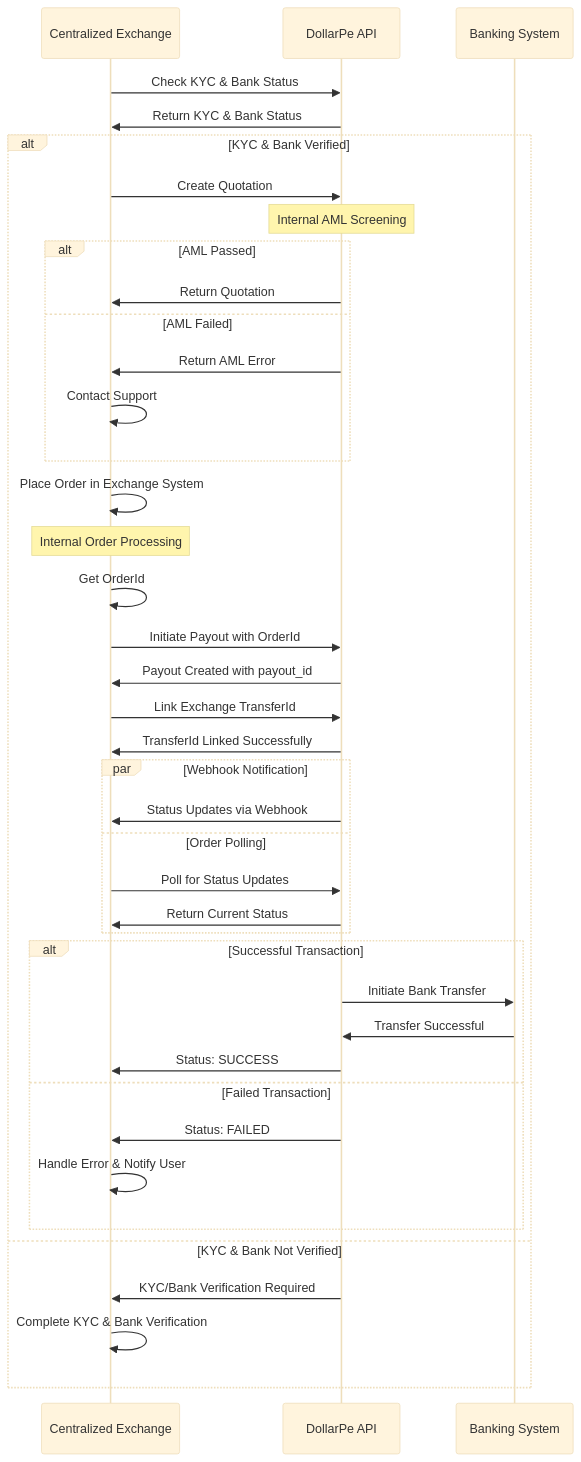
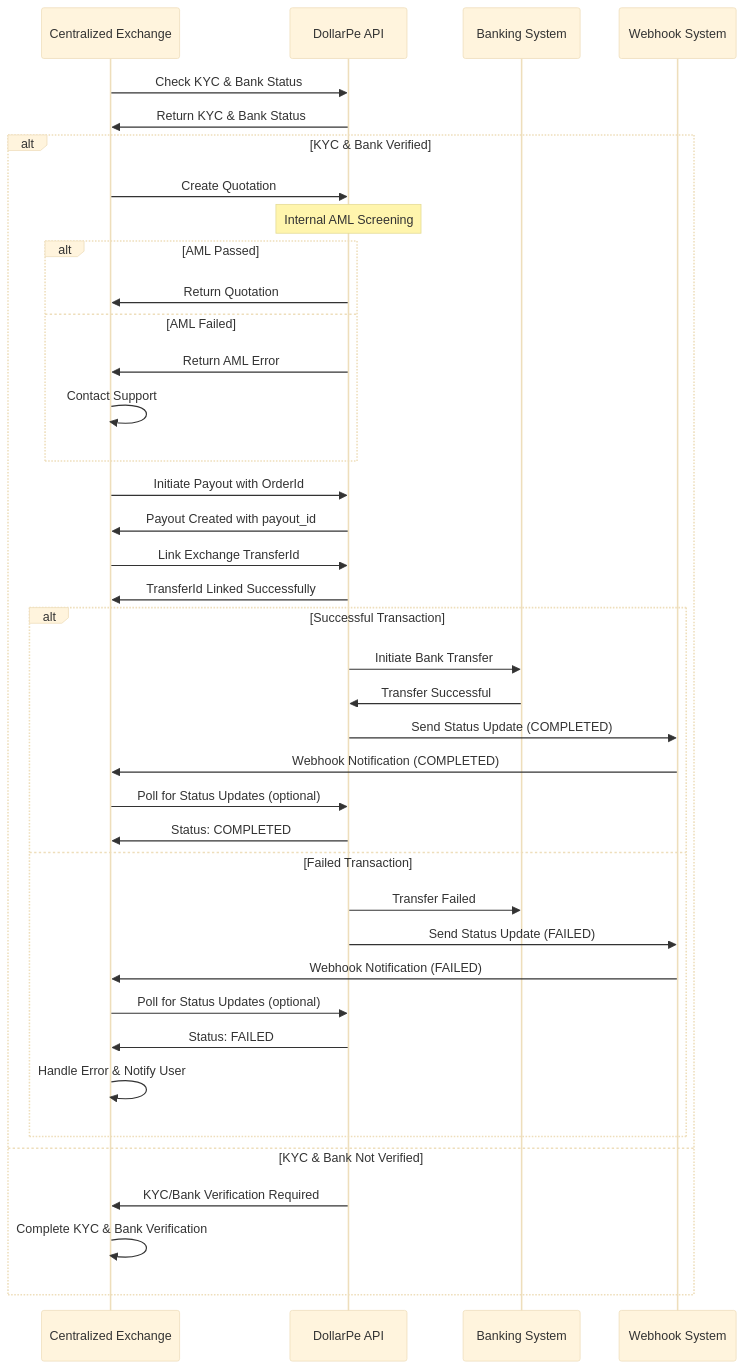
One commit to DollarPe-Infra/docs changed the second of 2 diagrams in api-reference-exchange/integration-guides/payout-integration-guide.mdx. Above: the diagram before and after it, drawn with Mermaid (base theme). The commit also changed other lines of this file and 7 other files, not shown here.

````diff
--- a/api-reference-exchange/integration-guides/payout-integration-guide.mdx
+++ b/api-reference-exchange/integration-guides/payout-integration-guide.mdx
@@ -95,49 +94,50 @@
 ```mermaid
 sequenceDiagram
     participant Exchange as Centralized Exchange
     participant API as DollarPe API
     participant Bank as Banking System
+    participant Webhook as Webhook System
 
     Exchange->>API: Check KYC & Bank Status
     API->>Exchange: Return KYC & Bank Status
 
     alt KYC & Bank Verified
         Exchange->>API: Create Quotation
         Note over API: Internal AML Screening
         alt AML Passed
             API->>Exchange: Return Quotation
         else AML Failed
             API->>Exchange: Return AML Error
             Exchange->>Exchange: Contact Support
         end
 
-        Exchange->>Exchange: Place Order in Exchange System
-        Note over Exchange: Internal Order Processing
-        Exchange->>Exchange: Get OrderId
-
         Exchange->>API: Initiate Payout with OrderId
         API->>Exchange: Payout Created with payout_id
 
         Exchange->>API: Link Exchange TransferId
         API->>Exchange: TransferId Linked Successfully
 
-        par Webhook Notification
-            API->>Exchange: Status Updates via Webhook
-        and Order Polling
-            Exchange->>API: Poll for Status Updates
-            API->>Exchange: Return Current Status
-        end
-
         alt Successful Transaction
             API->>Bank: Initiate Bank Transfer
             Bank->>API: Transfer Successful
-            API->>Exchange: Status: SUCCESS
+
+            API->>Webhook: Send Status Update (COMPLETED)
+            Webhook->>Exchange: Webhook Notification (COMPLETED)
+
+            Exchange->>API: Poll for Status Updates (optional)
+            API->>Exchange: Status: COMPLETED
         else Failed Transaction
+            API->>Bank: Transfer Failed
+
+            API->>Webhook: Send Status Update (FAILED)
+            Webhook->>Exchange: Webhook Notification (FAILED)
+
+            Exchange->>API: Poll for Status Updates (optional)
             API->>Exchange: Status: FAILED
             Exchange->>Exchange: Handle Error & Notify User
         end
     else KYC & Bank Not Verified
         API->>Exchange: KYC/Bank Verification Required
         Exchange->>Exchange: Complete KYC & Bank Verification
     end
 ```
````
